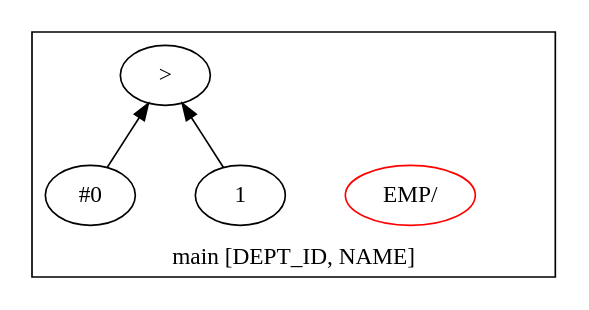
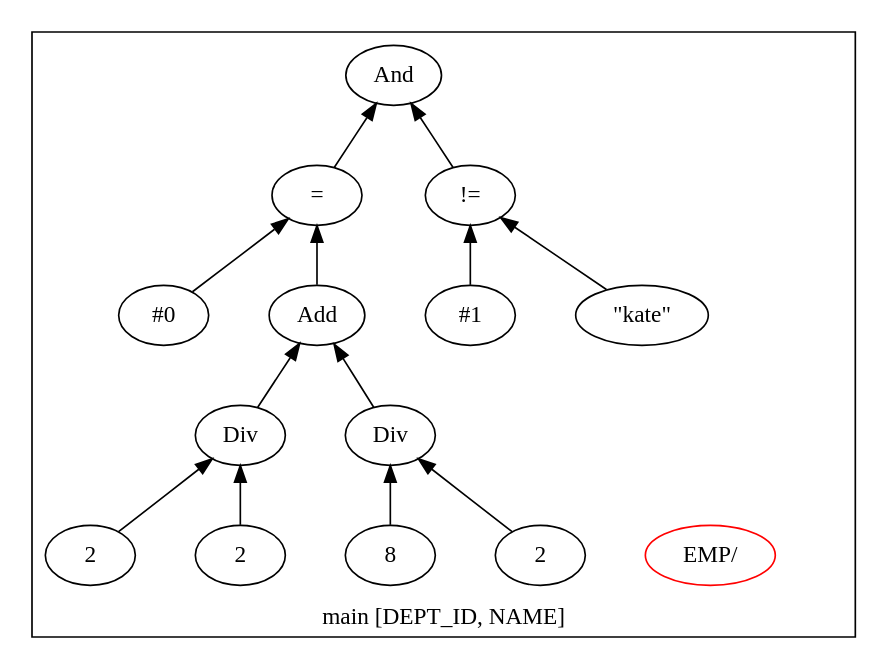
The diagram in qgm.dot (adarshpannu/kona), drawn with Graphviz before and after one commit. The commit also changed 11 other files, not shown here.

Commit message:
Simple compiled flows working...

```diff
--- a/qgm.dot
+++ b/qgm.dot
@@ -1,15 +1,35 @@
 digraph example1 {
     rankdir=BT;
     nodesep=0.5;
     ordering="in";
   subgraph cluster_main {
     label = "main [DEPT_ID, NAME]";
     "main_pt"[shape=point, color=white];
     "QUN_0"[label="EMP/ ", color=red]
-    exprnodeNodeId5v1[label=">"];
-    exprnodeNodeId3v1 -> exprnodeNodeId5v1;
+    exprnodeNodeId15v1[label="And"];
+    exprnodeNodeId11v1 -> exprnodeNodeId15v1;
+    exprnodeNodeId11v1[label="="];
+    exprnodeNodeId3v1 -> exprnodeNodeId11v1;
     exprnodeNodeId3v1[label="#0"];
-    exprnodeNodeId4v1 -> exprnodeNodeId5v1;
-    exprnodeNodeId4v1[label="1"];
+    exprnodeNodeId10v1 -> exprnodeNodeId11v1;
+    exprnodeNodeId10v1[label="Add"];
+    exprnodeNodeId6v1 -> exprnodeNodeId10v1;
+    exprnodeNodeId6v1[label="Div"];
+    exprnodeNodeId4v1 -> exprnodeNodeId6v1;
+    exprnodeNodeId4v1[label="2"];
+    exprnodeNodeId5v1 -> exprnodeNodeId6v1;
+    exprnodeNodeId5v1[label="2"];
+    exprnodeNodeId9v1 -> exprnodeNodeId10v1;
+    exprnodeNodeId9v1[label="Div"];
+    exprnodeNodeId7v1 -> exprnodeNodeId9v1;
+    exprnodeNodeId7v1[label="8"];
+    exprnodeNodeId8v1 -> exprnodeNodeId9v1;
+    exprnodeNodeId8v1[label="2"];
+    exprnodeNodeId14v1 -> exprnodeNodeId15v1;
+    exprnodeNodeId14v1[label="!="];
+    exprnodeNodeId12v1 -> exprnodeNodeId14v1;
+    exprnodeNodeId12v1[label="#1"];
+    exprnodeNodeId13v1 -> exprnodeNodeId14v1;
+    exprnodeNodeId13v1[label="\"kate\""];
 }
 }
```
